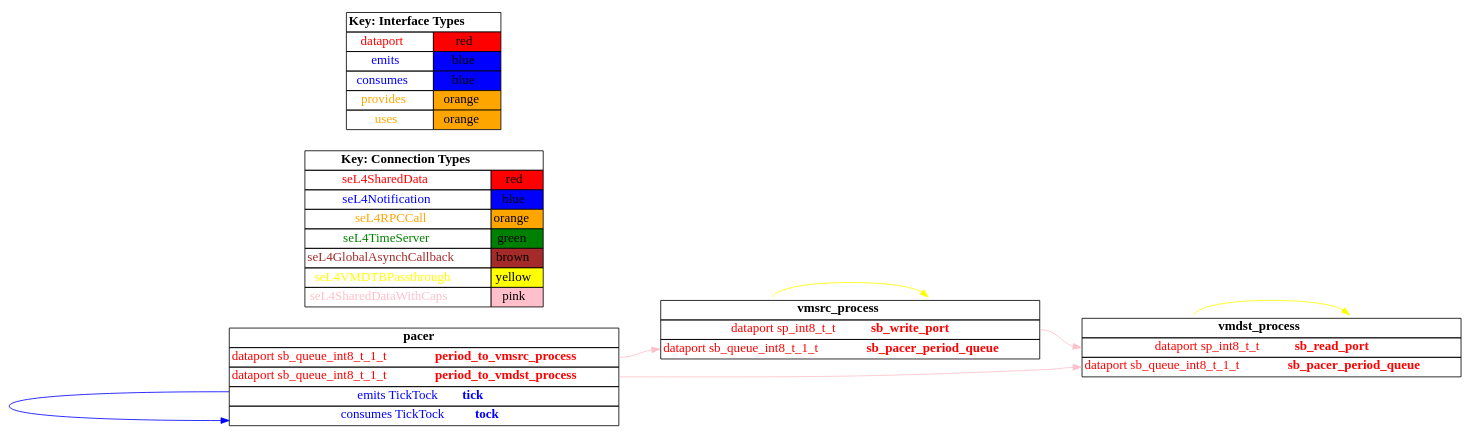
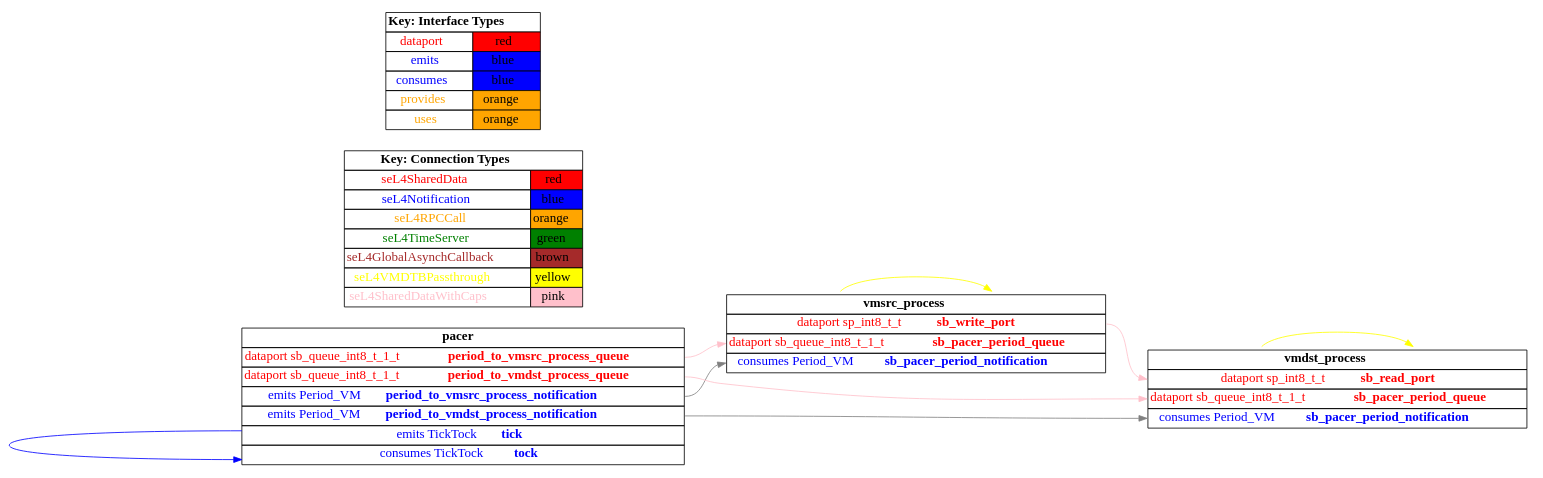
Before and after one commit to loonwerks/CASE: the diagram in TA5/tool-evaluation-4/HAMR/examples/test_data_port_periodic_domains_VM/both_vm/CAmkES_seL4_Only/graph.dot, drawn with Graphviz. The commit also changed 84 other files, not shown here.

Commit message:
glue code for VM data port micro-examples

```diff
--- a/TA5/tool-evaluation-4/HAMR/examples/test_data_port_periodic_domains_VM/both_vm/CAmkES_seL4_Only/graph.dot
+++ b/TA5/tool-evaluation-4/HAMR/examples/test_data_port_periodic_domains_VM/both_vm/CAmkES_seL4_Only/graph.dot
@@ -1,114 +1,130 @@
 digraph g {
 graph [
   overlap = false,
   rankdir = "LR"
 ];
 node [
   fontsize = "16",
   shape = "ellipse"
 ];
 edge [
 ];
 
 vmsrc_process [
   label=<
     <TABLE BORDER="0" CELLBORDER="1" CELLSPACING="0">
       <TR><TD><B>vmsrc_process</B></TD></TR>
       <TR><TD PORT="sb_write_port"><FONT COLOR="red">dataport sp_int8_t_t <B>sb_write_port</B></FONT></TD></TR>
-      <TR><TD PORT="sb_pacer_period_queue"><FONT COLOR="red">dataport sb_queue_int8_t_1_t <B>sb_pacer_period_queue</B></FONT></TD></TR>"
+      <TR><TD PORT="sb_pacer_period_queue"><FONT COLOR="red">dataport sb_queue_int8_t_1_t <B>sb_pacer_period_queue</B></FONT></TD></TR>
+      <TR><TD PORT="sb_pacer_period_notification"><FONT COLOR="blue">consumes Period_VM <B>sb_pacer_period_notification</B></FONT></TD></TR>"
     </TABLE>
   >
   shape=plaintext
 ];
 
 vmdst_process [
   label=<
     <TABLE BORDER="0" CELLBORDER="1" CELLSPACING="0">
       <TR><TD><B>vmdst_process</B></TD></TR>
       <TR><TD PORT="sb_read_port"><FONT COLOR="red">dataport sp_int8_t_t <B>sb_read_port</B></FONT></TD></TR>
-      <TR><TD PORT="sb_pacer_period_queue"><FONT COLOR="red">dataport sb_queue_int8_t_1_t <B>sb_pacer_period_queue</B></FONT></TD></TR>"
+      <TR><TD PORT="sb_pacer_period_queue"><FONT COLOR="red">dataport sb_queue_int8_t_1_t <B>sb_pacer_period_queue</B></FONT></TD></TR>
+      <TR><TD PORT="sb_pacer_period_notification"><FONT COLOR="blue">consumes Period_VM <B>sb_pacer_period_notification</B></FONT></TD></TR>"
     </TABLE>
   >
   shape=plaintext
 ];
 
 pacer [
   label=<
     <TABLE BORDER="0" CELLBORDER="1" CELLSPACING="0">
       <TR><TD><B>pacer</B></TD></TR>
-      <TR><TD PORT="period_to_vmsrc_process"><FONT COLOR="red">dataport sb_queue_int8_t_1_t <B>period_to_vmsrc_process</B></FONT></TD></TR>
-      <TR><TD PORT="period_to_vmdst_process"><FONT COLOR="red">dataport sb_queue_int8_t_1_t <B>period_to_vmdst_process</B></FONT></TD></TR>
+      <TR><TD PORT="period_to_vmsrc_process_queue"><FONT COLOR="red">dataport sb_queue_int8_t_1_t <B>period_to_vmsrc_process_queue</B></FONT></TD></TR>
+      <TR><TD PORT="period_to_vmdst_process_queue"><FONT COLOR="red">dataport sb_queue_int8_t_1_t <B>period_to_vmdst_process_queue</B></FONT></TD></TR>
+      <TR><TD PORT="period_to_vmsrc_process_notification"><FONT COLOR="blue">emits Period_VM <B>period_to_vmsrc_process_notification</B></FONT></TD></TR>
+      <TR><TD PORT="period_to_vmdst_process_notification"><FONT COLOR="blue">emits Period_VM <B>period_to_vmdst_process_notification</B></FONT></TD></TR>
       <TR><TD PORT="tick"><FONT COLOR="blue">emits TickTock <B>tick</B></FONT></TD></TR>
       <TR><TD PORT="tock"><FONT COLOR="blue">consumes TickTock <B>tock</B></FONT></TD></TR>"
     </TABLE>
   >
   shape=plaintext
 ];
 
 connectiontypekey [
   label=<
    <TABLE BORDER="0" CELLBORDER="1" CELLSPACING="0">
      <TR><TD COLSPAN="2"><B>Key: Connection Types</B></TD></TR>
      <TR><TD><FONT COLOR="red">seL4SharedData</FONT></TD><TD BGCOLOR="red">red</TD></TR>
      <TR><TD><FONT COLOR="blue">seL4Notification</FONT></TD><TD BGCOLOR="blue">blue</TD></TR>
      <TR><TD><FONT COLOR="orange">seL4RPCCall</FONT></TD><TD BGCOLOR="orange">orange</TD></TR>
      <TR><TD><FONT COLOR="green">seL4TimeServer</FONT></TD><TD BGCOLOR="green">green</TD></TR>
      <TR><TD><FONT COLOR="brown">seL4GlobalAsynchCallback</FONT></TD><TD BGCOLOR="brown">brown</TD></TR>
      <TR><TD><FONT COLOR="yellow">seL4VMDTBPassthrough</FONT></TD><TD BGCOLOR="yellow">yellow</TD></TR>
      <TR><TD><FONT COLOR="pink">seL4SharedDataWithCaps</FONT></TD><TD BGCOLOR="pink">pink</TD></TR>
    </TABLE>
   >
   shape=plaintext
 ];
 
 interfacetypekey [
   label=<
    <TABLE BORDER="0" CELLBORDER="1" CELLSPACING="0">
      <TR><TD COLSPAN="2"><B>Key: Interface Types</B></TD></TR>
      <TR><TD><FONT COLOR="red">dataport</FONT></TD><TD BGCOLOR="red">red</TD></TR>
      <TR><TD><FONT COLOR="blue">emits</FONT></TD><TD BGCOLOR="blue">blue</TD></TR>
      <TR><TD><FONT COLOR="blue">consumes</FONT></TD><TD BGCOLOR="blue">blue</TD></TR>
      <TR><TD><FONT COLOR="orange">provides</FONT></TD><TD BGCOLOR="orange">orange</TD></TR>
      <TR><TD><FONT COLOR="orange">uses</FONT></TD><TD BGCOLOR="orange">orange</TD></TR>
    </TABLE>
   >
   shape=plaintext
 ];
 
 "vmsrc_process":dtb_self -> "vmsrc_process":dtb [
   color="yellow"
   //label = "seL4VMDTBPassthrough"
   id = conn1
 ];
 
 "vmdst_process":dtb_self -> "vmdst_process":dtb [
   color="yellow"
   //label = "seL4VMDTBPassthrough"
   id = conn2
 ];
 
 "vmsrc_process":sb_write_port -> "vmdst_process":sb_read_port [
   color="pink"
   //label = "seL4SharedDataWithCaps"
   id = conn3
 ];
 
 "pacer":tick -> "pacer":tock [
   color="blue"
   //label = "seL4Notification"
   id = conn4
 ];
 
-"pacer":period_to_vmsrc_process -> "vmsrc_process":sb_pacer_period_queue [
-  color="pink"
-  //label = "seL4SharedDataWithCaps"
+"pacer":period_to_vmsrc_process_notification -> "vmsrc_process":sb_pacer_period_notification [
+  color="grey"
+  //label = "seL4GlobalAsynch"
   id = conn5
 ];
 
-"pacer":period_to_vmdst_process -> "vmdst_process":sb_pacer_period_queue [
+"pacer":period_to_vmsrc_process_queue -> "vmsrc_process":sb_pacer_period_queue [
   color="pink"
   //label = "seL4SharedDataWithCaps"
   id = conn6
 ];
 
+"pacer":period_to_vmdst_process_notification -> "vmdst_process":sb_pacer_period_notification [
+  color="grey"
+  //label = "seL4GlobalAsynch"
+  id = conn7
+];
+
+"pacer":period_to_vmdst_process_queue -> "vmdst_process":sb_pacer_period_queue [
+  color="pink"
+  //label = "seL4SharedDataWithCaps"
+  id = conn8
+];
+
 }
```
